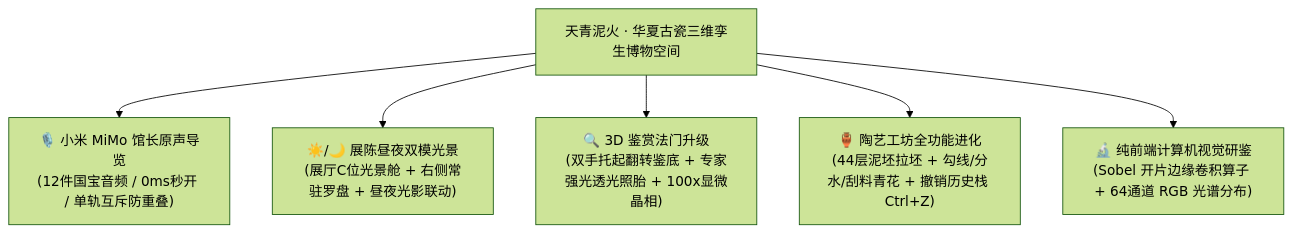
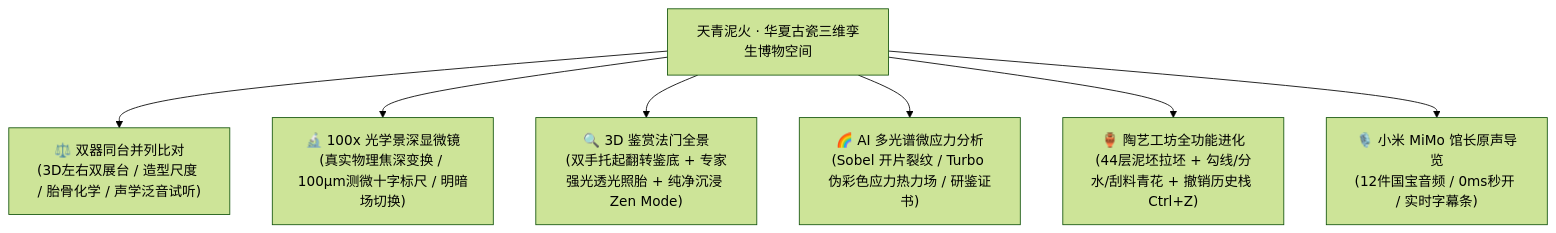
One commit to SherlockYzz/Memories-of-Chinese-Porcelain-Web changed the diagram in README.md. Above: the diagram before and after it, drawn with Mermaid (forest theme). The commit also changed other lines of this file and 7 other files, not shown here.

````diff
--- a/README.md
+++ b/README.md
@@ -30,8 +30,9 @@
 ```mermaid
 flowchart TD
-    A["天青泥火 · 华夏古瓷三维孪生博物空间"] --> B["🎙️ 小米 MiMo 馆长原声导览<br/>(12件国宝音频 / 0ms秒开 / 单轨互斥防重叠)"]
-    A --> C["☀️/🌙 展陈昼夜双模光景<br/>(展厅C位光景舱 + 右侧常驻罗盘 + 昼夜光影联动)"]
-    A --> D["🔍 3D 鉴赏法门升级<br/>(双手托起翻转鉴底 + 专家强光透光照胎 + 100x显微晶相)"]
-    A --> E["🏺 陶艺工坊全功能进化<br/>(44层泥坯拉坯 + 勾线/分水/刮料青花 + 撤销历史栈 Ctrl+Z)"]
-    A --> F["🔬 纯前端计算机视觉研鉴<br/>(Sobel 开片边缘卷积算子 + 64通道 RGB 光谱分布)"]
+    A["天青泥火 · 华夏古瓷三维孪生博物空间"] --> B["⚖️ 双器同台并列比对<br/>(3D左右双展台 / 造型尺度 / 胎骨化学 / 声学泛音试听)"]
+    A --> C["🔬 100x 光学景深显微镜<br/>(真实物理焦深变换 / 100μm测微十字标尺 / 明暗场切换)"]
+    A --> D["🔍 3D 鉴赏法门全景<br/>(双手托起翻转鉴底 + 专家强光透光照胎 + 纯净沉浸 Zen Mode)"]
+    A --> E["🌈 AI 多光谱微应力分析<br/>(Sobel 开片裂纹 / Turbo 伪彩色应力热力场 / 研鉴证书)"]
+    A --> F["🏺 陶艺工坊全功能进化<br/>(44层泥坯拉坯 + 勾线/分水/刮料青花 + 撤销历史栈 Ctrl+Z)"]
+    A --> G["🎙️ 小米 MiMo 馆长原声导览<br/>(12件国宝音频 / 0ms秒开 / 实时字幕条)"]
 ```
````
